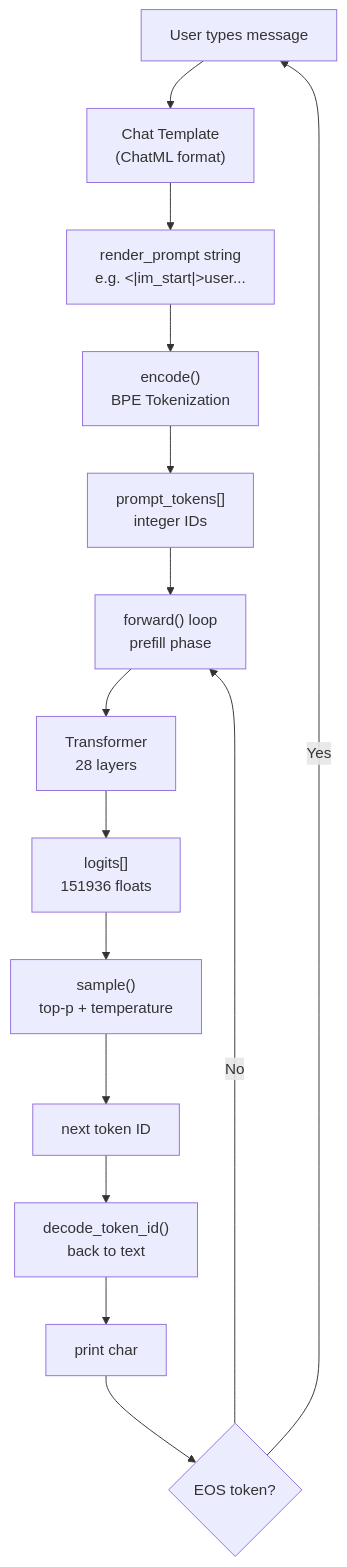
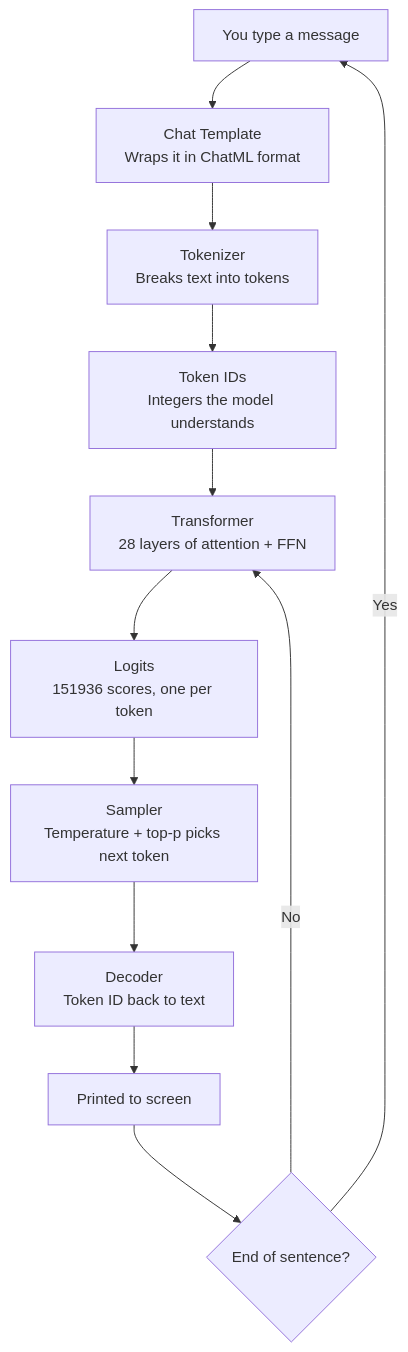
The first of 11 diagrams in repos/blog/qwen3.c.md (thefirehacker/QWEN3-RunLocally), drawn with Mermaid before and after one commit. The commit also changed other lines of this file and 1 other file, not shown here.

````diff
--- a/repos/blog/qwen3.c.md
+++ b/repos/blog/qwen3.c.md
@@ -35,17 +50,14 @@
 ```{mermaid}
 flowchart TD
-    A["User types message"] --> B["Chat Template\n(ChatML format)"]
-    B --> C["render_prompt string\ne.g. <|im_start|>user..."]
-    C --> D["encode()\nBPE Tokenization"]
-    D --> E["prompt_tokens[]\ninteger IDs"]
-    E --> F["forward() loop\nprefill phase"]
-    F --> G["Transformer\n28 layers"]
-    G --> H["logits[]\n151936 floats"]
-    H --> I["sample()\ntop-p + temperature"]
-    I --> J["next token ID"]
-    J --> K["decode_token_id()\nback to text"]
-    K --> L["print char"]
-    L --> M{EOS token?}
-    M -- No --> F
-    M -- Yes --> A
+    A["You type a message"] --> B["Chat Template\nWraps it in ChatML format"]
+    B --> C["Tokenizer\nBreaks text into tokens"]
+    C --> D["Token IDs\nIntegers the model understands"]
+    D --> E["Transformer\n28 layers of attention + FFN"]
+    E --> F["Logits\n151936 scores, one per token"]
+    F --> G["Sampler\nTemperature + top-p picks next token"]
+    G --> H["Decoder\nToken ID back to text"]
+    H --> I["Printed to screen"]
+    I --> J{End of sentence?}
+    J -- No --> E
+    J -- Yes --> A
 ```
````
